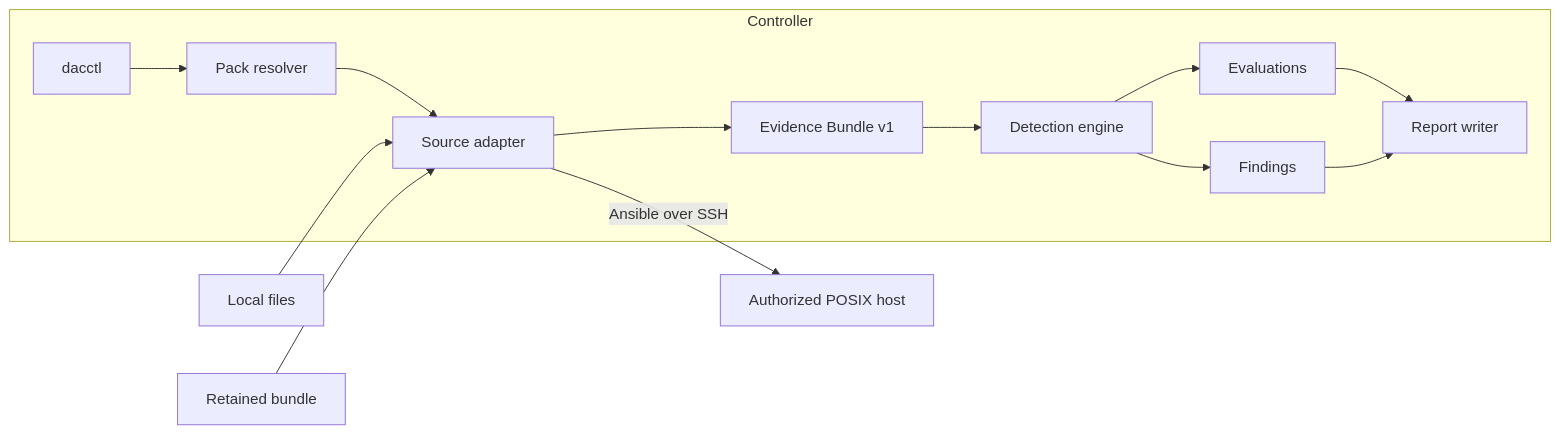
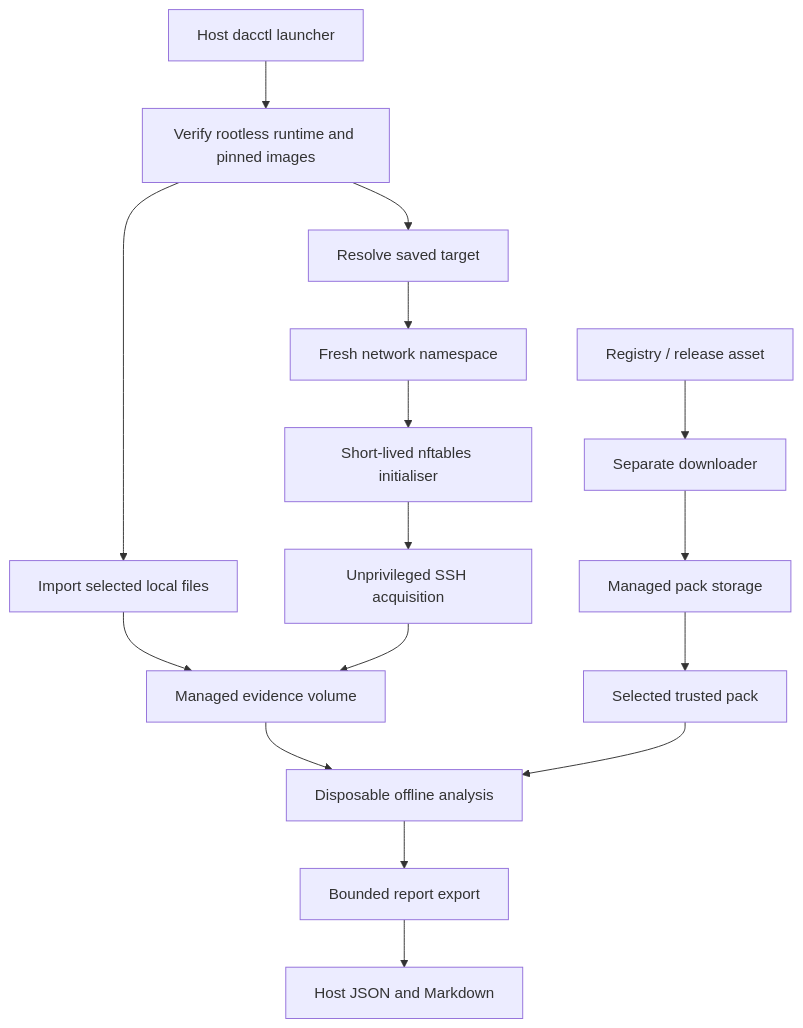
One commit to lib-port/agentless-DaC changed the diagram in docs/ARCHITECTURE.md. Above: the diagram before and after it, drawn with Mermaid. The commit also changed other lines of this file and 73 other files, not shown here.

````diff
--- a/docs/ARCHITECTURE.md
+++ b/docs/ARCHITECTURE.md
@@ -23,17 +20,18 @@
 ```mermaid
-flowchart LR
-    subgraph Controller
-        CLI["dacctl"] --> Resolver["Pack resolver"]
-        Resolver --> Adapter["Source adapter"]
-        Adapter --> Bundle["Evidence Bundle v1"]
-        Bundle --> Engine["Detection engine"]
-        Engine --> Evaluations["Evaluations"]
-        Engine --> Findings["Findings"]
-        Evaluations --> Writer["Report writer"]
-        Findings --> Writer
-    end
-
-    Adapter -->|"Ansible over SSH"| Target["Authorized POSIX host"]
-    Local["Local files"] --> Adapter
-    Retained["Retained bundle"] --> Adapter
+flowchart TD
+    CLI["Host dacctl launcher"] --> Doctor["Verify rootless runtime and pinned images"]
+    Doctor --> Local["Import selected local files"]
+    Doctor --> Target["Resolve saved target"]
+    Target --> Namespace["Fresh network namespace"]
+    Namespace --> Firewall["Short-lived nftables initialiser"]
+    Firewall --> Acquire["Unprivileged SSH acquisition"]
+    Local --> Evidence["Managed evidence volume"]
+    Acquire --> Evidence
+    Evidence --> Analyse["Disposable offline analysis"]
+    Pack["Selected trusted pack"] --> Analyse
+    Analyse --> Export["Bounded report export"]
+    Export --> Host["Host JSON and Markdown"]
+    Registry["Registry / release asset"] --> Download["Separate downloader"]
+    Download --> Installed["Managed pack storage"]
+    Installed --> Pack
 ```
````
